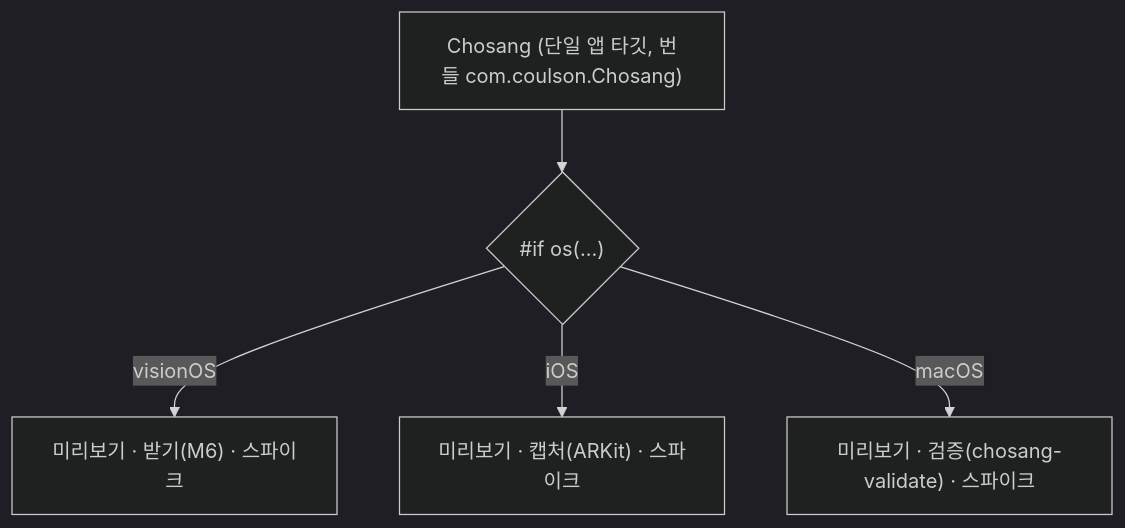
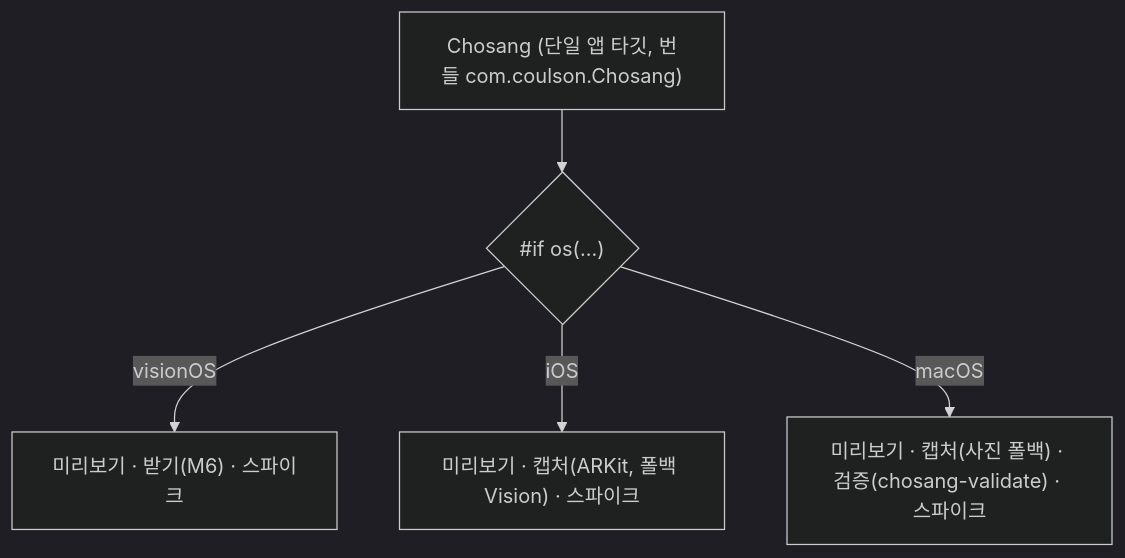
Before and after one commit to kimminung/Chosang: the third of 3 diagrams in README.md, drawn with Mermaid (dark theme). The commit also changed other lines of this file and 14 other files, not shown here.

````diff
--- a/README.md
+++ b/README.md
@@ -72,7 +80,7 @@
 ```mermaid
 flowchart TD
     App["Chosang (단일 앱 타깃, 번들 com.coulson.Chosang)"] --> OS{"#if os(...)"}
     OS -->|visionOS| V["미리보기 · 받기(M6) · 스파이크"]
-    OS -->|iOS| I["미리보기 · 캡처(ARKit) · 스파이크"]
-    OS -->|macOS| M["미리보기 · 검증(chosang-validate) · 스파이크"]
+    OS -->|iOS| I["미리보기 · 캡처(ARKit, 폴백 Vision) · 스파이크"]
+    OS -->|macOS| M["미리보기 · 캡처(사진 폴백) · 검증(chosang-validate) · 스파이크"]
 ```
````
